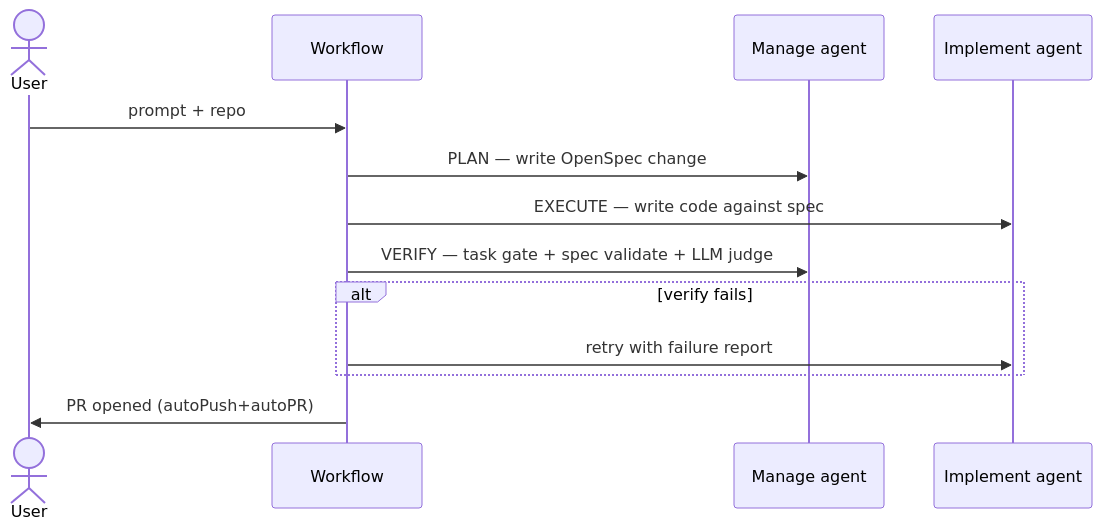
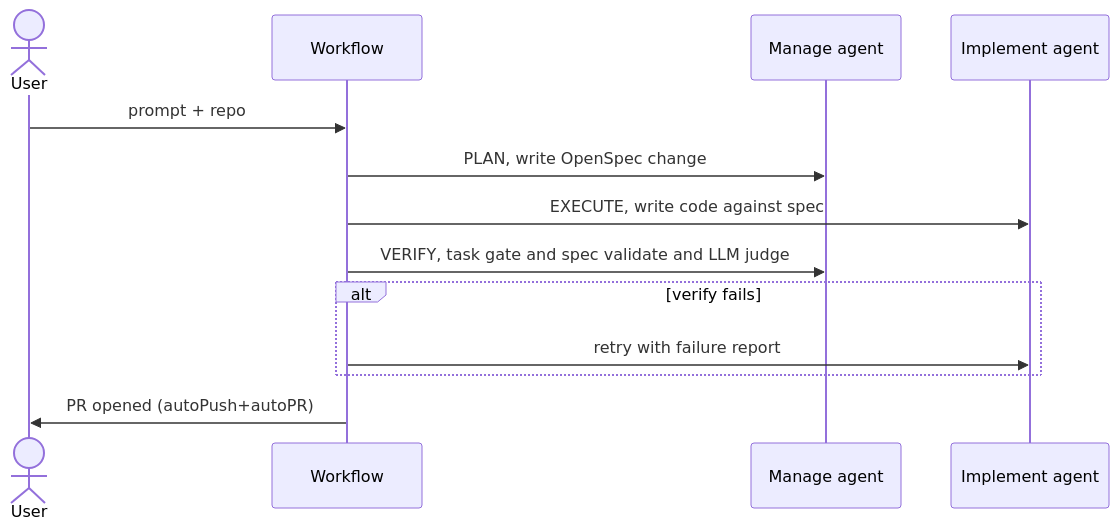
The second of 2 diagrams in README.md (ross-corp/uncworks), drawn with Mermaid before and after one commit. The commit also changed other lines of this file and 198 other files, not shown here.

Commit message:
chore: update deps, rewrite docs, add spec-driven workflow and factory-gate (#72)

````diff
--- a/README.md
+++ b/README.md
@@ -89,15 +109,15 @@
 ```mermaid
 sequenceDiagram
     actor U as User
     participant W as Workflow
     participant M as Manage agent
     participant I as Implement agent
     U->>W: prompt + repo
-    W->>M: PLAN — write OpenSpec change
-    W->>I: EXECUTE — write code against spec
-    W->>M: VERIFY — task gate + spec validate + LLM judge
+    W->>M: PLAN, write OpenSpec change
+    W->>I: EXECUTE, write code against spec
+    W->>M: VERIFY, task gate and spec validate and LLM judge
     alt verify fails
         W->>I: retry with failure report
     end
     W->>U: PR opened (autoPush+autoPR)
 ```
````
